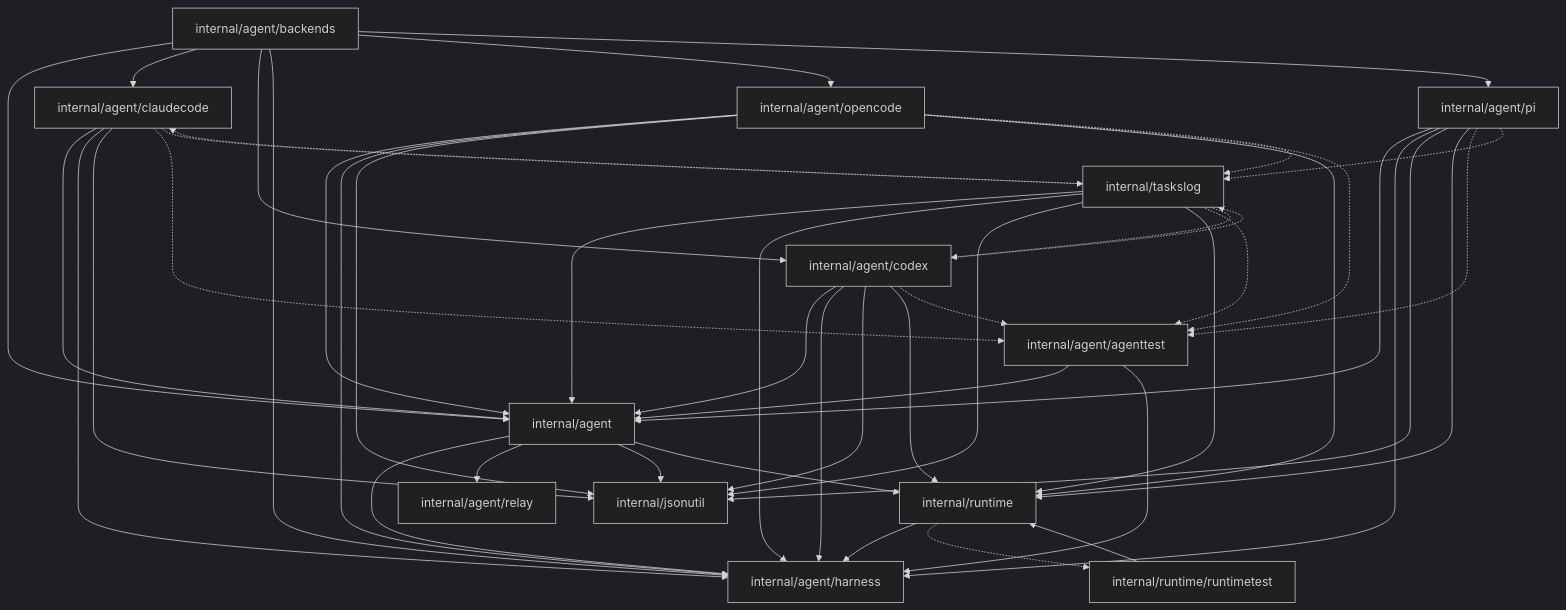
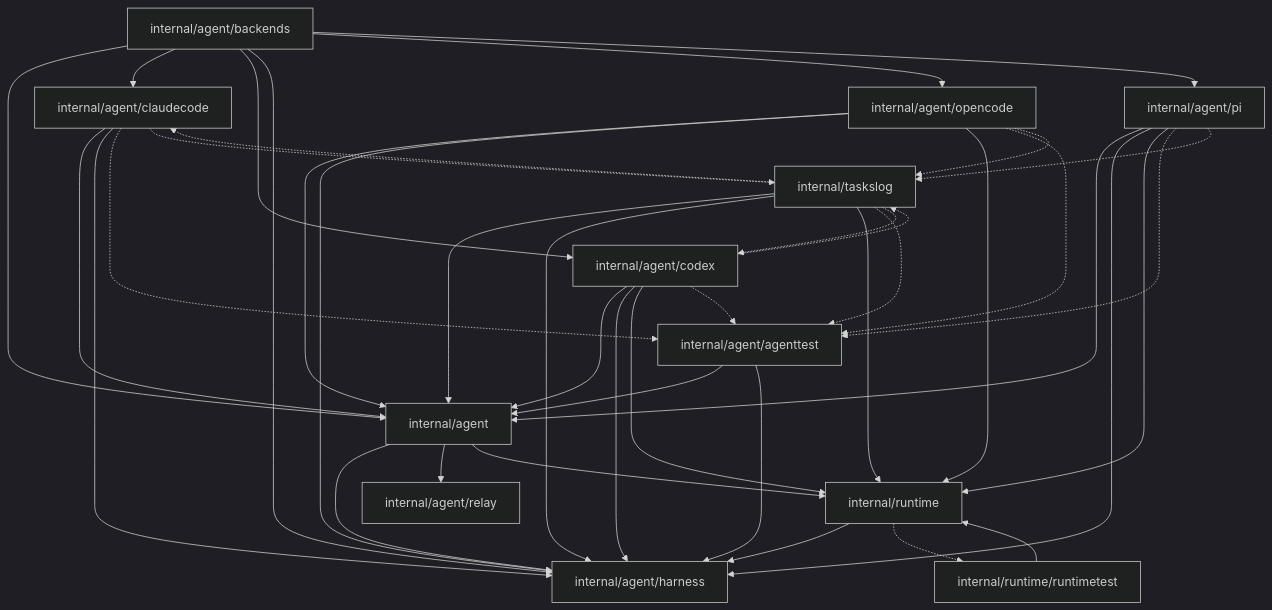
The second of 3 diagrams in backend/docs/ARCHITECTURE.md (caic-xyz/caic), drawn with Mermaid (dark theme) before and after one commit. The commit also changed other lines of this file and 31 other files, not shown here.

````diff
--- a/backend/docs/ARCHITECTURE.md
+++ b/backend/docs/ARCHITECTURE.md
@@ -226,62 +219,55 @@
 ```mermaid
 graph TD
   pkg_internal_agent["internal/agent"]
   pkg_internal_agent_agenttest["internal/agent/agenttest"]
   pkg_internal_agent_backends["internal/agent/backends"]
   pkg_internal_agent_claudecode["internal/agent/claudecode"]
   pkg_internal_agent_codex["internal/agent/codex"]
   pkg_internal_agent_harness["internal/agent/harness"]
   pkg_internal_agent_opencode["internal/agent/opencode"]
   pkg_internal_agent_pi["internal/agent/pi"]
   pkg_internal_agent_relay["internal/agent/relay"]
-  pkg_internal_jsonutil["internal/jsonutil"]
   pkg_internal_runtime["internal/runtime"]
   pkg_internal_runtime_runtimetest["internal/runtime/runtimetest"]
   pkg_internal_taskslog["internal/taskslog"]
 
   pkg_internal_agent --> pkg_internal_agent_harness
   pkg_internal_agent --> pkg_internal_agent_relay
-  pkg_internal_agent --> pkg_internal_jsonutil
   pkg_internal_agent --> pkg_internal_runtime
   pkg_internal_agent_agenttest --> pkg_internal_agent
   pkg_internal_agent_agenttest --> pkg_internal_agent_harness
   pkg_internal_agent_backends --> pkg_internal_agent
   pkg_internal_agent_backends --> pkg_internal_agent_claudecode
   pkg_internal_agent_backends --> pkg_internal_agent_codex
   pkg_internal_agent_backends --> pkg_internal_agent_harness
   pkg_internal_agent_backends --> pkg_internal_agent_opencode
   pkg_internal_agent_backends --> pkg_internal_agent_pi
   pkg_internal_agent_claudecode --> pkg_internal_agent
   pkg_internal_agent_claudecode --> pkg_internal_agent_harness
-  pkg_internal_agent_claudecode --> pkg_internal_jsonutil
   pkg_internal_agent_claudecode -.-> pkg_internal_agent_agenttest
   pkg_internal_agent_claudecode -.-> pkg_internal_taskslog
   pkg_internal_agent_codex --> pkg_internal_agent
   pkg_internal_agent_codex --> pkg_internal_agent_harness
-  pkg_internal_agent_codex --> pkg_internal_jsonutil
   pkg_internal_agent_codex --> pkg_internal_runtime
   pkg_internal_agent_codex -.-> pkg_internal_agent_agenttest
   pkg_internal_agent_codex -.-> pkg_internal_taskslog
   pkg_internal_agent_opencode --> pkg_internal_agent
   pkg_internal_agent_opencode --> pkg_internal_agent_harness
-  pkg_internal_agent_opencode --> pkg_internal_jsonutil
   pkg_internal_agent_opencode --> pkg_internal_runtime
   pkg_internal_agent_opencode -.-> pkg_internal_agent_agenttest
   pkg_internal_agent_opencode -.-> pkg_internal_taskslog
   pkg_internal_agent_pi --> pkg_internal_agent
   pkg_internal_agent_pi --> pkg_internal_agent_harness
-  pkg_internal_agent_pi --> pkg_internal_jsonutil
   pkg_internal_agent_pi --> pkg_internal_runtime
   pkg_internal_agent_pi -.-> pkg_internal_agent_agenttest
   pkg_internal_agent_pi -.-> pkg_internal_taskslog
   pkg_internal_runtime --> pkg_internal_agent_harness
   pkg_internal_runtime -.-> pkg_internal_runtime_runtimetest
   pkg_internal_runtime_runtimetest --> pkg_internal_runtime
   pkg_internal_taskslog --> pkg_internal_agent
   pkg_internal_taskslog --> pkg_internal_agent_harness
-  pkg_internal_taskslog --> pkg_internal_jsonutil
   pkg_internal_taskslog --> pkg_internal_runtime
   pkg_internal_taskslog -.-> pkg_internal_agent_agenttest
   pkg_internal_taskslog -.-> pkg_internal_agent_claudecode
   pkg_internal_taskslog -.-> pkg_internal_agent_codex
 ```
````
